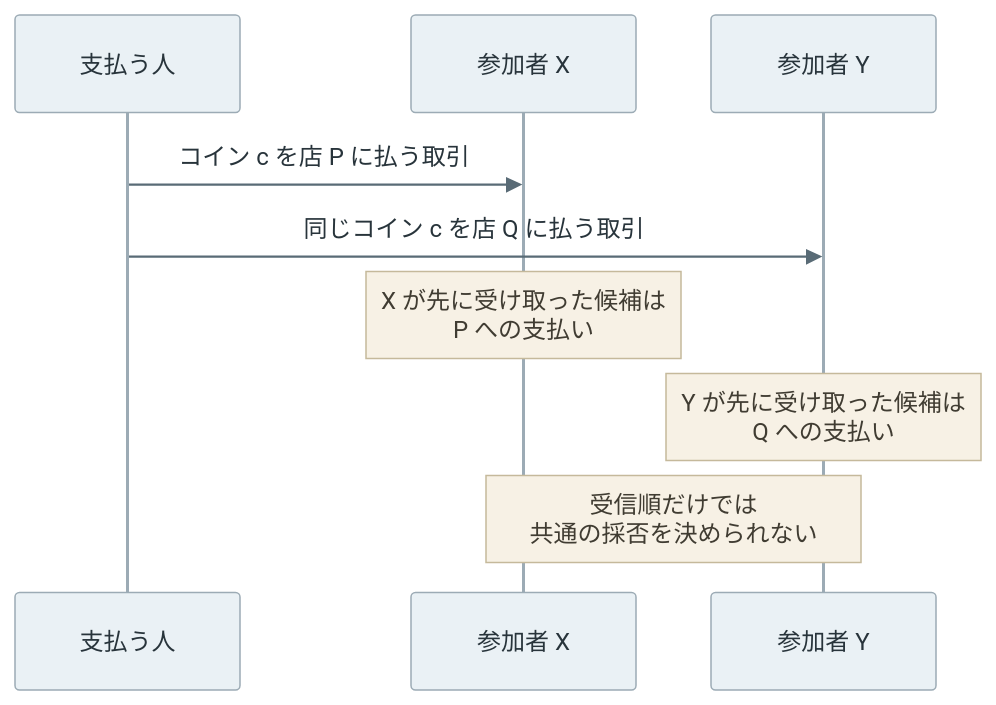
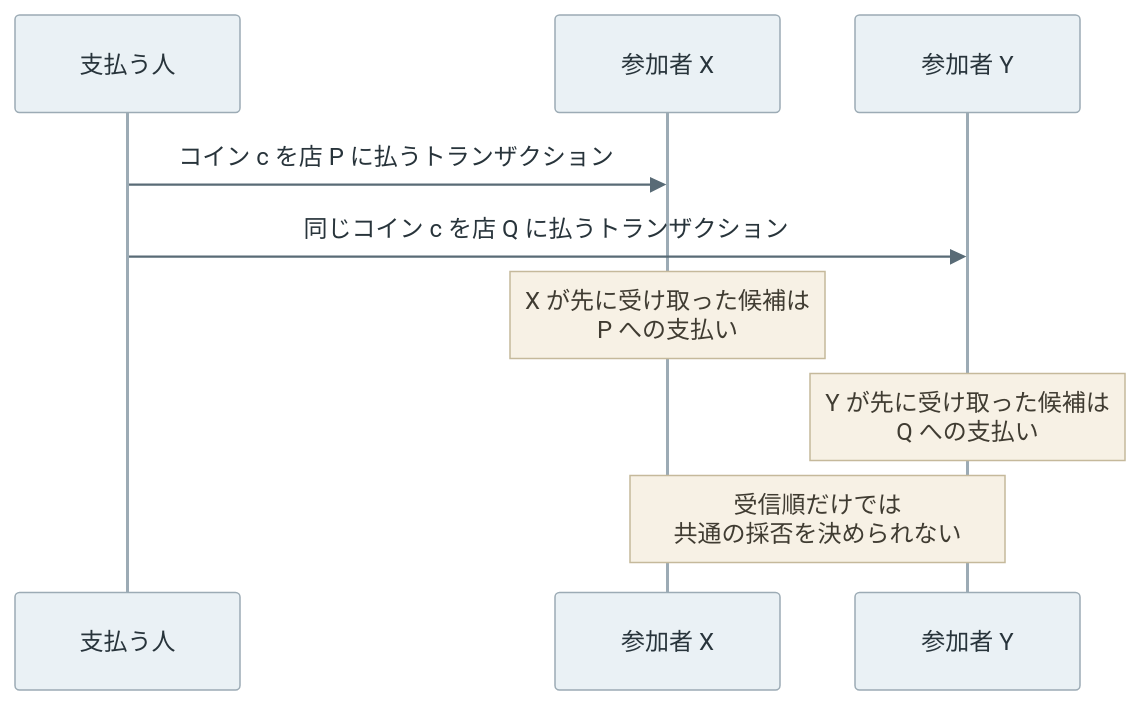
One commit to nao1215/debimate changed the first of 3 diagrams in content/notes/blockchain-systems/bitcoin-block/index.md. Above: the diagram before and after it, drawn with Mermaid. The commit also changed other lines of this file and 129 other files, not shown here.

````diff
--- a/content/notes/blockchain-systems/bitcoin-block/index.md
+++ b/content/notes/blockchain-systems/bitcoin-block/index.md
@@ -45,12 +45,12 @@
 ```mermaid
 %%{init: {"theme":"base","themeVariables":{"primaryColor":"#eaf1f5","primaryTextColor":"#28343b","primaryBorderColor":"#9cabb5","lineColor":"#596b76","textColor":"#28343b","actorBkg":"#eaf1f5","actorBorder":"#9cabb5","actorTextColor":"#28343b","actorLineColor":"#9cabb5","signalColor":"#596b76","signalTextColor":"#28343b","noteBkgColor":"#f7f1e5","noteBorderColor":"#c5b99b","noteTextColor":"#403c32","activationBkgColor":"#edf3ef","activationBorderColor":"#9aafa1"}}}%%
 sequenceDiagram
     participant A as 支払う人
     participant X as 参加者 X
     participant Y as 参加者 Y
-    A->>X: コイン c を店 P に払う取引
-    A->>Y: 同じコイン c を店 Q に払う取引
+    A->>X: コイン c を店 P に払うトランザクション
+    A->>Y: 同じコイン c を店 Q に払うトランザクション
     Note over X: X が先に受け取った候補は<br/>P への支払い
     Note over Y: Y が先に受け取った候補は<br/>Q への支払い
     Note over X,Y: 受信順だけでは<br/>共通の採否を決められない
 ```
````
